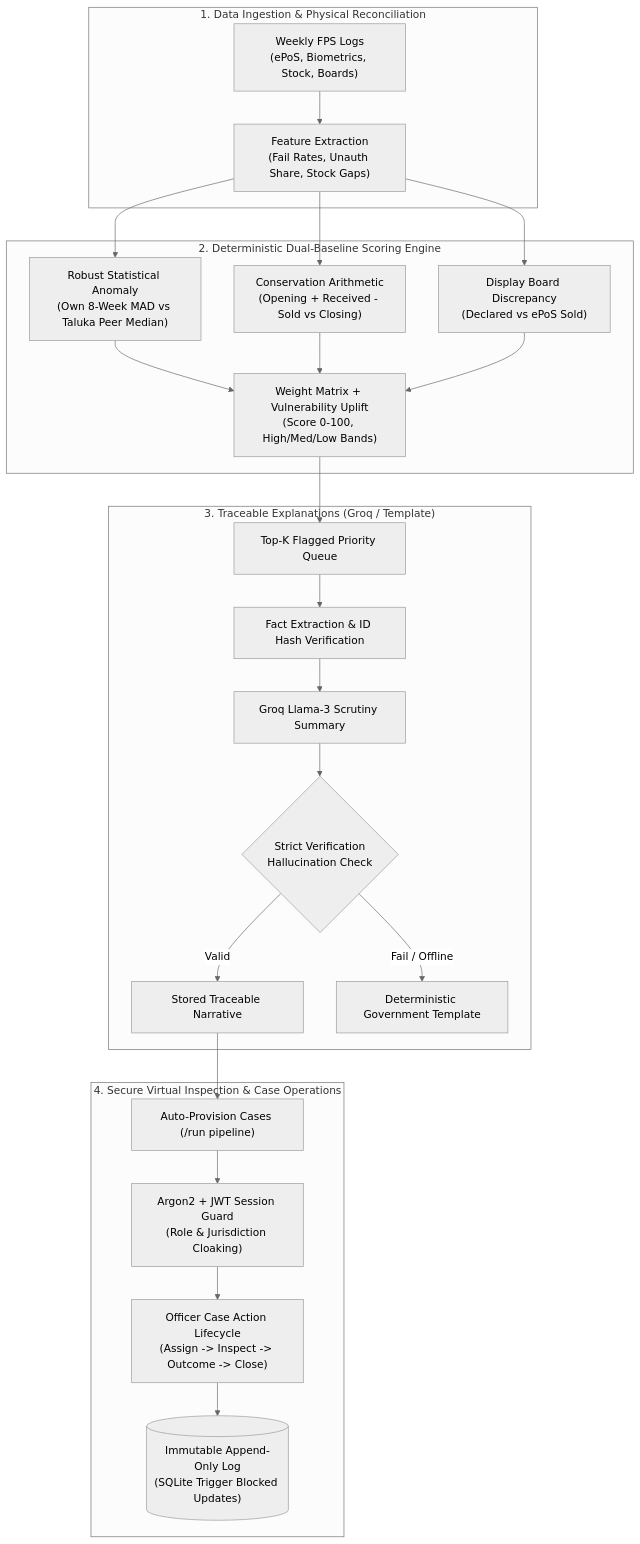
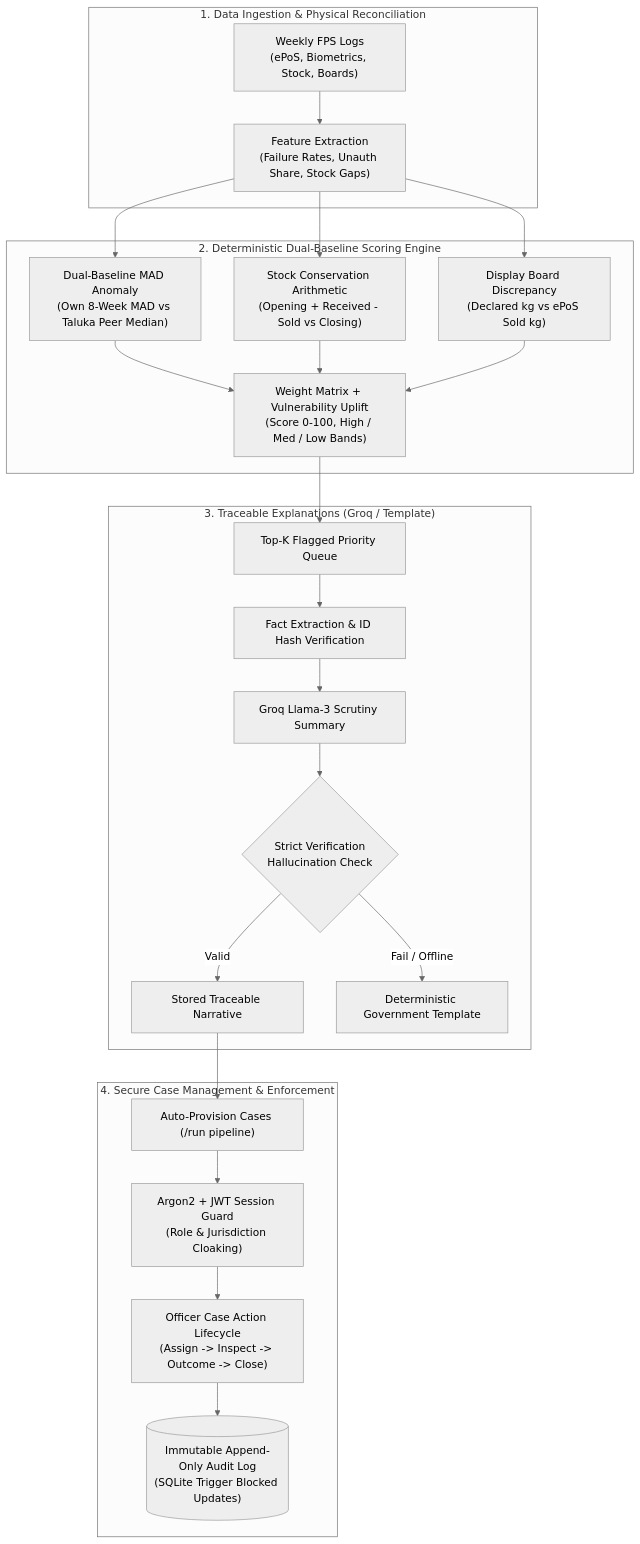
The first of 2 diagrams in README.md (prempatel-ai/AI-Virtual-Inspection-System), drawn with Mermaid (neutral theme) before and after one commit. The commit also changed other lines of this file and 7 other files, not shown here.

````diff
--- a/README.md
+++ b/README.md
@@ -19,29 +19,29 @@
 ```mermaid
 flowchart TD
-    subgraph DataIngestion ["1. Data Ingestion & Physical Reconciliation"]
-        RAW["Weekly FPS Logs<br/>(ePoS, Biometrics, Stock, Boards)"] --> FEAT["Feature Extraction<br/>(Fail Rates, Unauth Share, Stock Gaps)"]
+    subgraph S1 ["1. Data Ingestion & Physical Reconciliation"]
+        RAW["Weekly FPS Logs<br/>(ePoS, Biometrics, Stock, Boards)"] --> FEAT["Feature Extraction<br/>(Failure Rates, Unauth Share, Stock Gaps)"]
     end
 
-    subgraph DetectionEngine ["2. Deterministic Dual-Baseline Scoring Engine"]
-        FEAT --> STAT["Robust Statistical Anomaly<br/>(Own 8-Week MAD vs Taluka Peer Median)"]
-        FEAT --> CONSERV["Conservation Arithmetic<br/>(Opening + Received - Sold vs Closing)"]
-        FEAT --> BOARD["Display Board Discrepancy<br/>(Declared vs ePoS Sold)"]
-        STAT & CONSERV & BOARD --> FUSION["Weight Matrix + Vulnerability Uplift<br/>(Score 0-100, High/Med/Low Bands)"]
+    subgraph S2 ["2. Deterministic Dual-Baseline Scoring Engine"]
+        FEAT --> STAT["Dual-Baseline MAD Anomaly<br/>(Own 8-Week MAD vs Taluka Peer Median)"]
+        FEAT --> CONSERV["Stock Conservation Arithmetic<br/>(Opening + Received - Sold vs Closing)"]
+        FEAT --> BOARD["Display Board Discrepancy<br/>(Declared kg vs ePoS Sold kg)"]
+        STAT & CONSERV & BOARD --> FUSION["Weight Matrix + Vulnerability Uplift<br/>(Score 0-100, High / Med / Low Bands)"]
     end
 
-    subgraph LLMVerification ["3. Traceable Explanations (Groq / Template)"]
+    subgraph S3 ["3. Traceable Explanations (Groq / Template)"]
         FUSION --> TOPK["Top-K Flagged Priority Queue"]
         TOPK --> FACT["Fact Extraction & ID Hash Verification"]
         FACT --> GROQ["Groq Llama-3 Scrutiny Summary"]
         GROQ --> VALIDATE{"Strict Verification<br/>Hallucination Check"}
         VALIDATE -- "Valid" --> EXPLOG["Stored Traceable Narrative"]
         VALIDATE -- "Fail / Offline" --> TEMPLATE["Deterministic Government Template"]
     end
 
-    subgraph CaseManagement ["4. Secure Virtual Inspection & Case Operations"]
+    subgraph S4 ["4. Secure Case Management & Enforcement"]
         EXPLOG --> AUTOCASE["Auto-Provision Cases (/run pipeline)"]
         AUTOCASE --> RBAC["Argon2 + JWT Session Guard<br/>(Role & Jurisdiction Cloaking)"]
         RBAC --> WORK["Officer Case Action Lifecycle<br/>(Assign -> Inspect -> Outcome -> Close)"]
-        WORK --> IMMUTABLE[("Immutable Append-Only Log<br/>(SQLite Trigger Blocked Updates)")]
+        WORK --> IMMUTABLE[("Immutable Append-Only Audit Log<br/>(SQLite Trigger Blocked Updates)")]
     end
 ```
````
